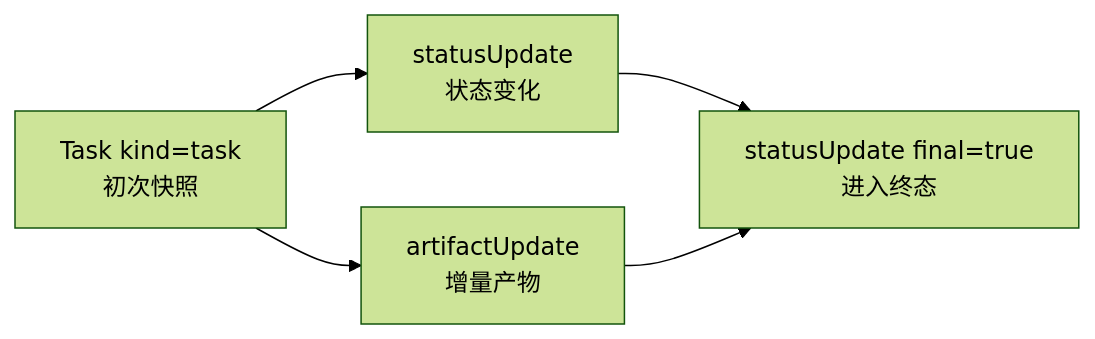
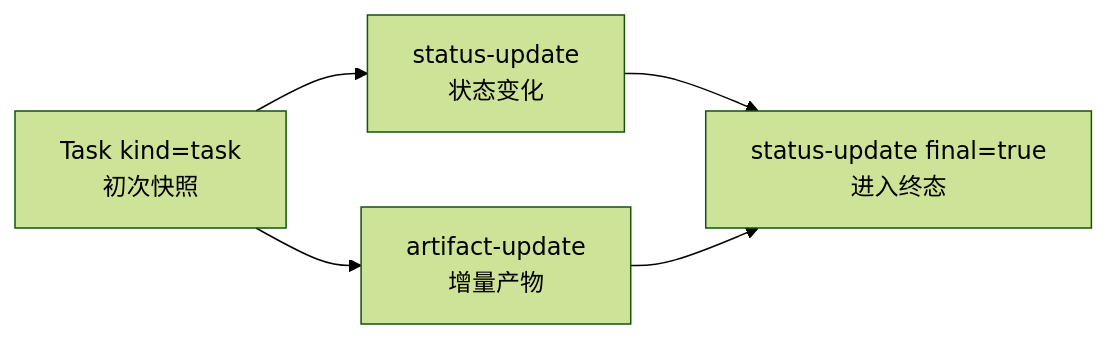
The diagram in a2a/03-protocol-deep-dive.md (Sphinxes0o0/notes), drawn with Mermaid (forest theme) before and after one commit. The commit also changed other lines of this file and 7 other files, not shown here.

````diff
--- a/a2a/03-protocol-deep-dive.md
+++ b/a2a/03-protocol-deep-dive.md
@@ -287,7 +287,7 @@
 ```mermaid
 flowchart LR
-    A[Task kind=task<br/>初次快照] --> B[statusUpdate<br/>状态变化]
-    A --> C[artifactUpdate<br/>增量产物]
-    B --> D[statusUpdate final=true<br/>进入终态]
+    A[Task kind=task<br/>初次快照] --> B[status-update<br/>状态变化]
+    A --> C[artifact-update<br/>增量产物]
+    B --> D[status-update final=true<br/>进入终态]
     C --> D
 ```
````
